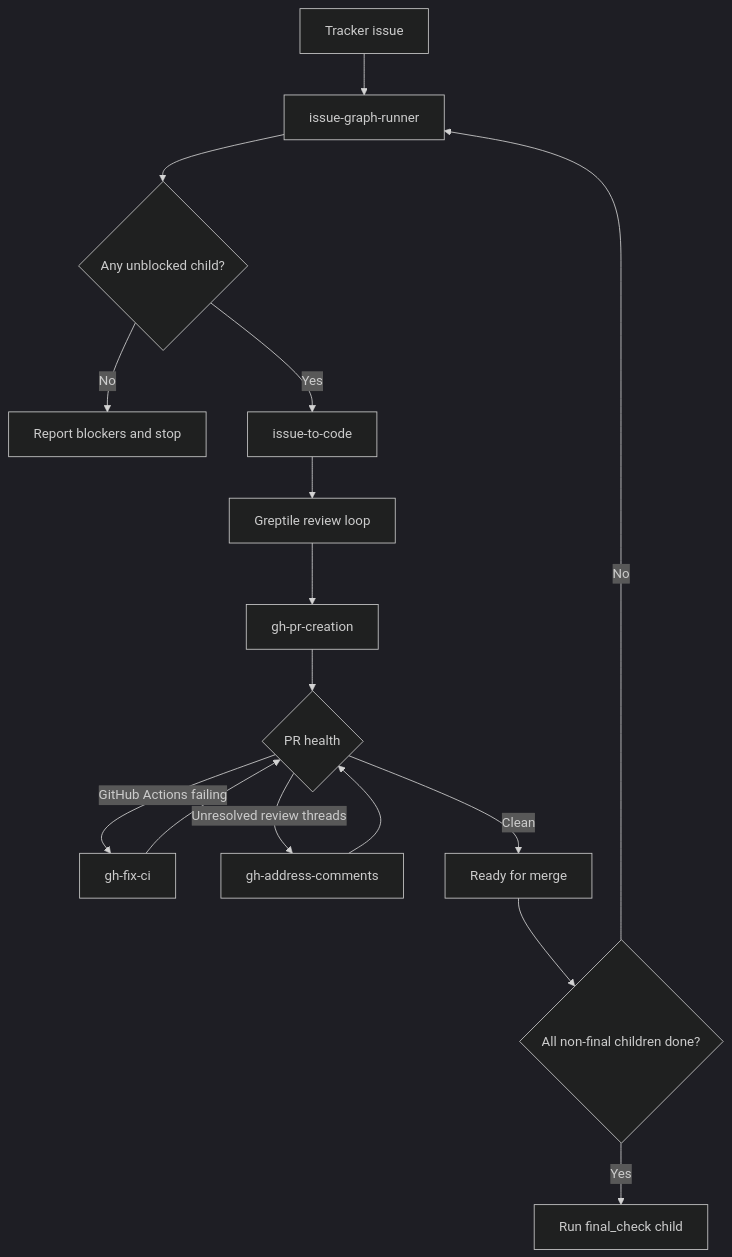
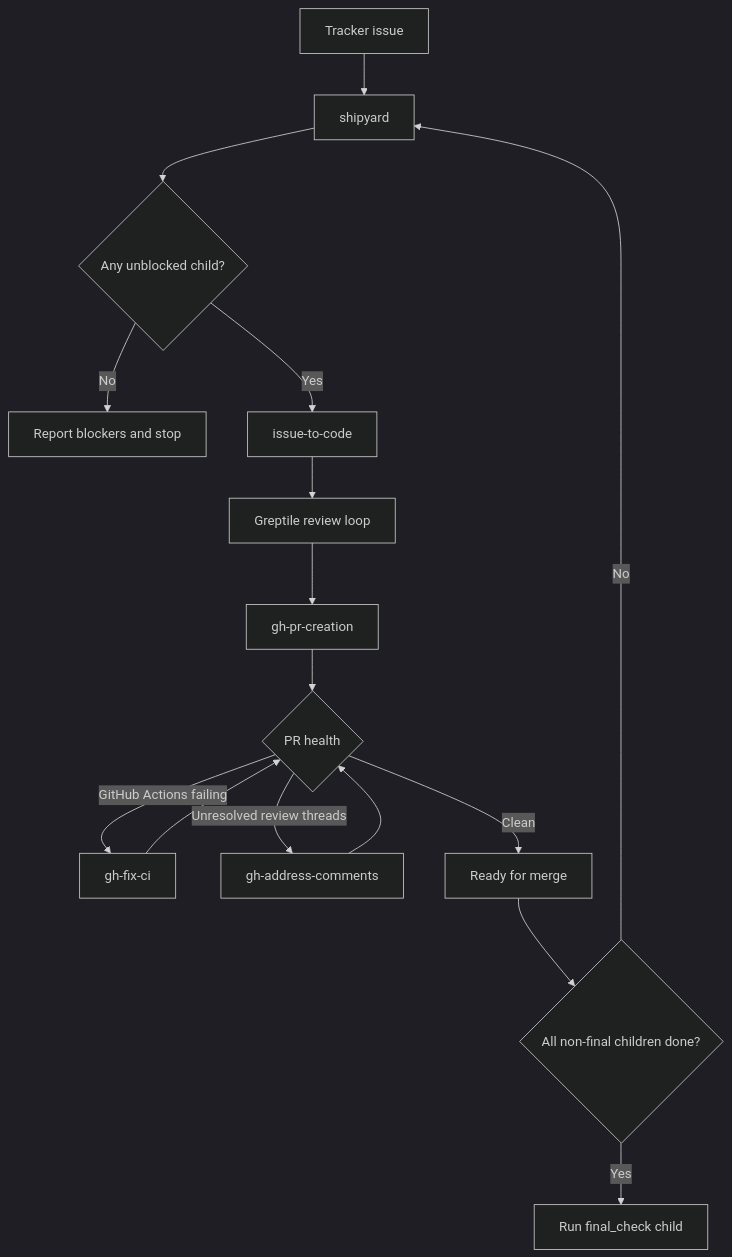
One commit to HenryQW/skills changed the fourth of 5 diagrams in README.md. Above: the diagram before and after it, drawn with Mermaid (dark theme). The commit also changed other lines of this file and 3 other files, not shown here.

Commit message:
chore(skills): rename issue graph runner to shipyard

````diff
--- a/README.md
+++ b/README.md
@@ -107,18 +107,18 @@
 ```mermaid
 flowchart TD
-  T["Tracker issue"] --> R["issue-graph-runner"]
+  T["Tracker issue"] --> R["shipyard"]
   R --> U{"Any unblocked child?"}
   U -->|No| S["Report blockers and stop"]
   U -->|Yes| I["issue-to-code"]
   I --> G["Greptile review loop"]
   G --> P["gh-pr-creation"]
   P --> H{"PR health"}
   H -->|GitHub Actions failing| C["gh-fix-ci"]
   H -->|Unresolved review threads| A["gh-address-comments"]
   H -->|Clean| M["Ready for merge"]
   C --> H
   A --> H
   M --> N{"All non-final children done?"}
   N -->|No| R
   N -->|Yes| F["Run final_check child"]
 ```
````
